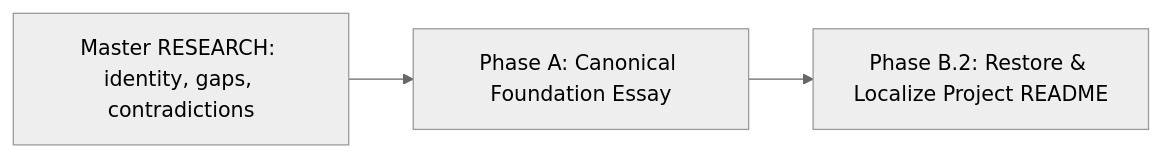
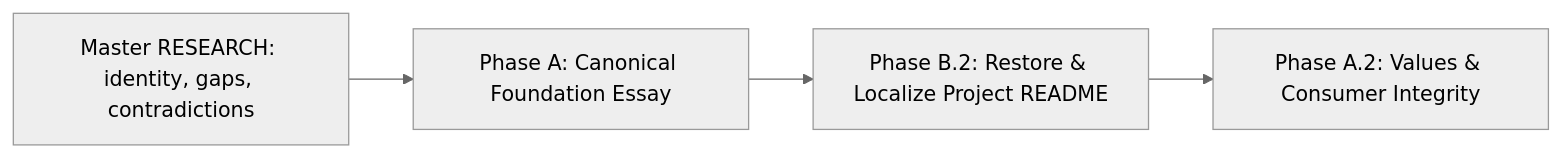
The diagram in tasks/TFW-55__canonization_program/HL-TFW-55__canonization_program.md (saubakirov/trace-first-starter), drawn with Mermaid (neutral theme) before and after one commit. The commit also changed other lines of this file and 3 other files, not shown here.

````diff
--- a/tasks/TFW-55__canonization_program/HL-TFW-55__canonization_program.md
+++ b/tasks/TFW-55__canonization_program/HL-TFW-55__canonization_program.md
@@ -290,5 +296,6 @@
 ```mermaid
 graph LR
   R["Master RESEARCH: identity, gaps, contradictions"] --> A["Phase A: Canonical Foundation Essay"]
   A --> B["Phase B.2: Restore & Localize Project README"]
+  B --> A2["Phase A.2: Values & Consumer Integrity"]
 ```
````
